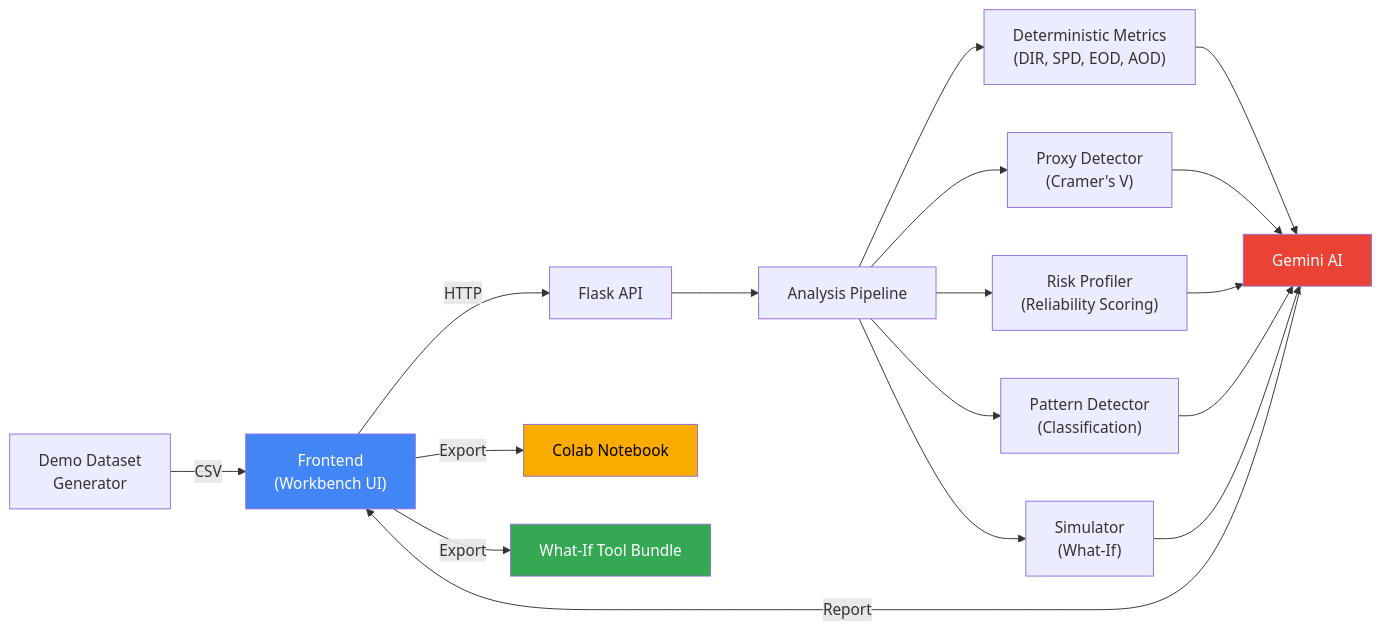
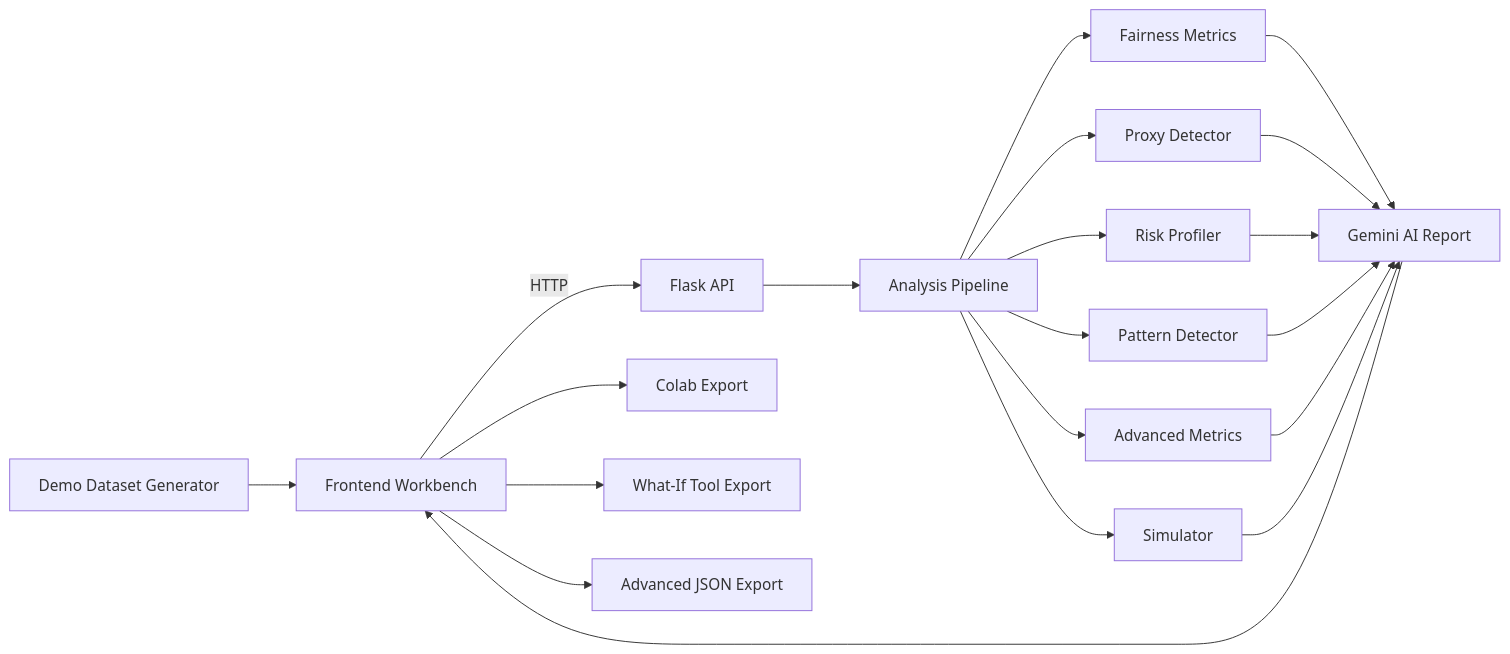
Before and after one commit to Parth-Surve2007/bAIsed: the diagram in README.md, drawn with Mermaid. The commit also changed other lines of this file, not shown here.

````diff
--- a/README.md
+++ b/README.md
@@ -55,23 +57,22 @@
 ```mermaid
 graph LR
-    A["Frontend<br/>(Workbench UI)"] -->|HTTP| B["Flask API"]
-    C["Demo Dataset<br/>Generator"] -->|CSV| A
+    A["Frontend Workbench"] -->|HTTP| B["Flask API"]
+    C["Demo Dataset Generator"] --> A
     B --> D["Analysis Pipeline"]
-    D --> E["Deterministic Metrics<br/>(DIR, SPD, EOD, AOD)"]
-    D --> F["Proxy Detector<br/>(Cramer's V)"]
-    D --> G["Risk Profiler<br/>(Reliability Scoring)"]
-    D --> H["Pattern Detector<br/>(Classification)"]
-    D --> I["Simulator<br/>(What‑If)"]
-    E --> J["Gemini AI"]
-    F --> J
-    G --> J
-    H --> J
-    I --> J
-    J -->|Report| A
-    A -->|Export| K["Colab Notebook"]
-    A -->|Export| L["What‑If Tool Bundle"]
-    style A fill:#4285F4,color:#fff
-    style J fill:#EA4335,color:#fff
-    style K fill:#F9AB00,color:#000
-    style L fill:#34A853,color:#fff
+    D --> E["Fairness Metrics"]
+    D --> F["Proxy Detector"]
+    D --> G["Risk Profiler"]
+    D --> H["Pattern Detector"]
+    D --> I["Advanced Metrics"]
+    D --> J["Simulator"]
+    E --> K["Gemini AI Report"]
+    F --> K
+    G --> K
+    H --> K
+    I --> K
+    J --> K
+    K --> A
+    A --> L["Colab Export"]
+    A --> M["What-If Tool Export"]
+    A --> N["Advanced JSON Export"]
 ```
````
